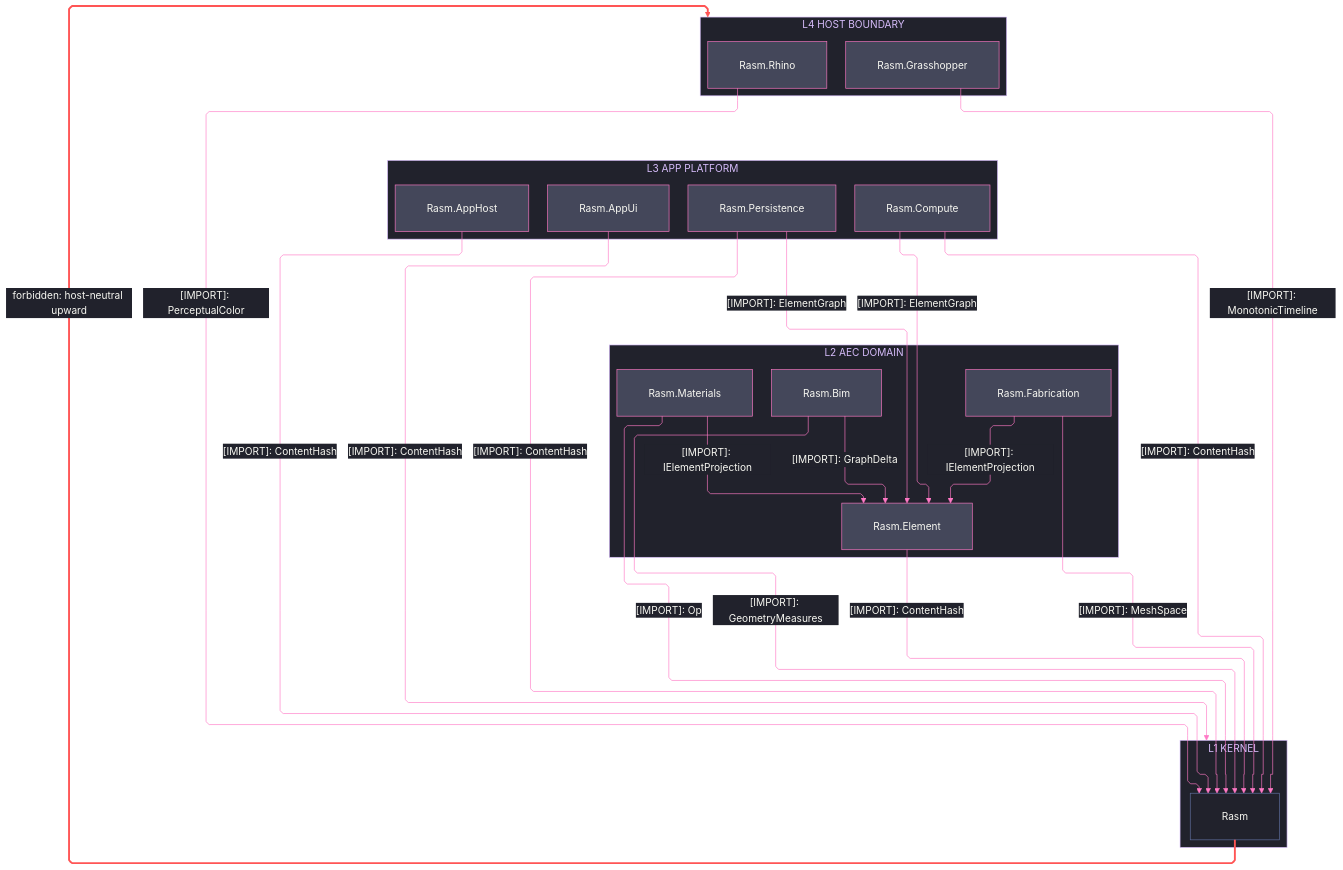
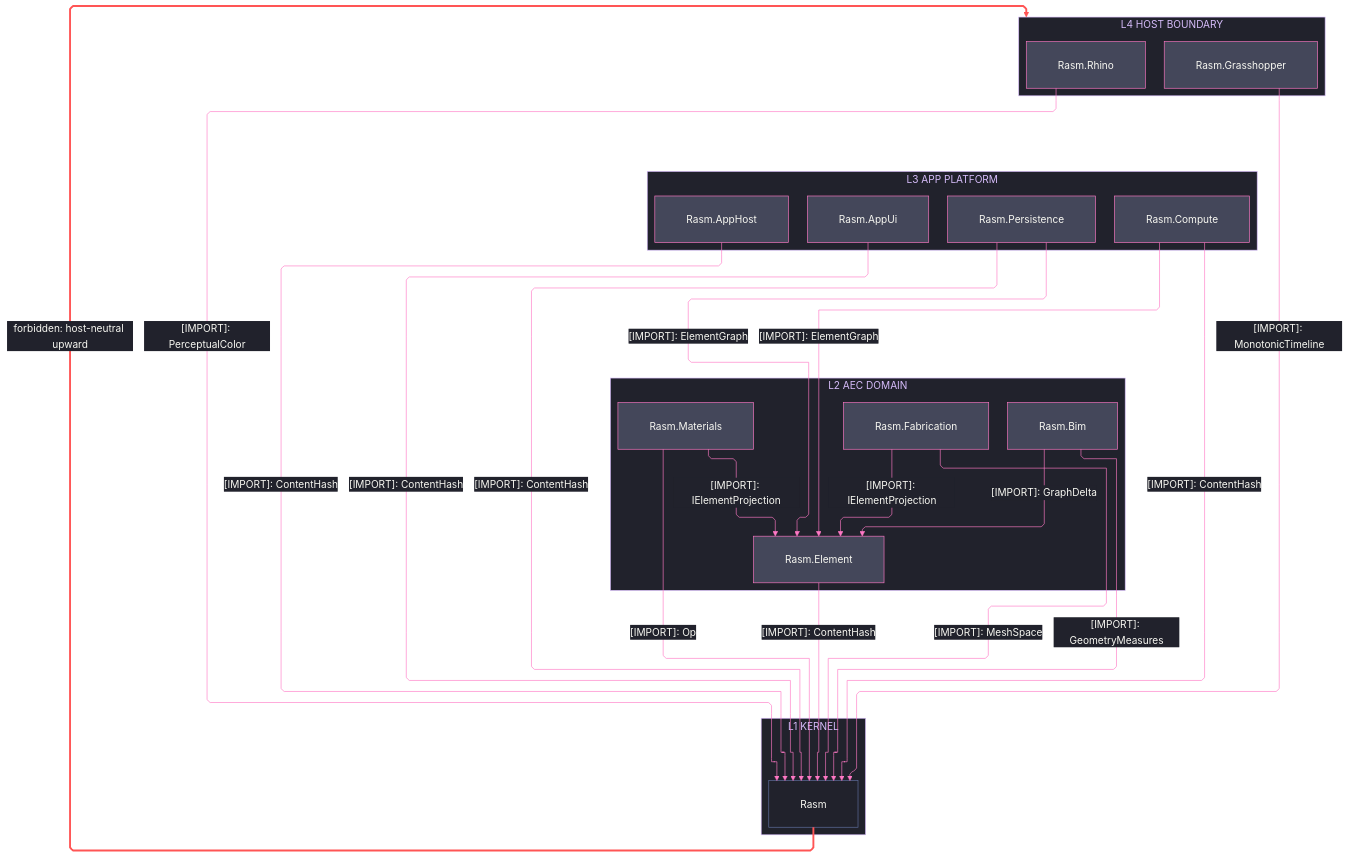
One commit to bsamiee/Rasm changed the first of 3 diagrams in libs/csharp/.planning/ARCHITECTURE.md. Above: the diagram before and after it, drawn with Mermaid. The commit also changed other lines of this file and 9 other files, not shown here.

Commit message:
architecture: CR finding fixes

````diff
--- a/libs/csharp/.planning/ARCHITECTURE.md
+++ b/libs/csharp/.planning/ARCHITECTURE.md
@@ -31,78 +31,78 @@
 ```mermaid
 ---
 config:
   theme: base
   look: classic
   layout: elk
   flowchart:
     curve: linear
     padding: 25
   themeVariables:
     darkMode: true
     fontFamily: "SF Mono, Menlo, Cascadia Mono, Segoe UI Mono, Consolas, monospace"
     useGradient: false
     dropShadow: "none"
     background: "#282A36"
     primaryColor: "#44475A"
     primaryTextColor: "#F8F8F2"
     primaryBorderColor: "#BD93F9"
     lineColor: "#FF79C6"
     textColor: "#F8F8F2"
     clusterBkg: "#21222C"
     clusterBorder: "#D6BCFA"
     edgeLabelBackground: "#21222C"
     labelBackgroundColor: "#21222C"
     titleColor: "#D6BCFA"
   themeCSS: ".nodeLabel{font-size:13px;font-weight:500}.edgeLabel{font-size:12px;font-weight:500}.cluster-label .nodeLabel{font-size:13.5px;font-weight:700;letter-spacing:.08em}.edge-thickness-normal{stroke-width:2px}.edge-thickness-thick{stroke-width:3px}.edge-pattern-dashed,.edge-pattern-dotted{stroke-width:1.5px;stroke-dasharray:4 6}.node rect,.node circle,.node polygon,.node path,.node .outer-path{stroke-width:1.5px;filter:none!important}.cluster rect{stroke-width:1px!important;stroke-dasharray:5 4!important;filter:none!important}.marker path{transform:scale(.8);transform-origin:5px 5px}.marker circle{transform:scale(.48);transform-origin:5px 5px}.edgeLabel rect{transform-box:fill-box;transform-origin:center;transform:scale(1.1,1.2)}"
 ---
 flowchart TB
     accTitle: C# branch package import strata
     accDescr: Four stacked strata from the host boundary through the app platform and the AEC domain onto the kernel — every reference edge downward and solid, labeled edges naming one sourced type, the host boundary skipping straight to the kernel, and one forbidden host-neutral upward edge styled red.
     subgraph L4["L4 HOST BOUNDARY"]
         Rhino[Rasm.Rhino]
         Grasshopper[Rasm.Grasshopper]
     end
     subgraph L3["L3 APP PLATFORM"]
         Persistence[Rasm.Persistence]
         Compute[Rasm.Compute]
         AppHost[Rasm.AppHost]
         AppUi[Rasm.AppUi]
     end
     subgraph L2["L2 AEC DOMAIN"]
         Bim[Rasm.Bim]
         Element[Rasm.Element]
         Materials[Rasm.Materials]
         Fabrication[Rasm.Fabrication]
     end
     subgraph L1["L1 KERNEL"]
         Rasm[Rasm]
     end
     Rhino ~~~ AppHost
     Rhino ~~~ AppUi
     Grasshopper ~~~ Compute
     Grasshopper ~~~ Persistence
     Rhino e1@-->|"[IMPORT]: PerceptualColor"| Rasm
     Grasshopper e2@-->|"[IMPORT]: MonotonicTimeline"| Rasm
     AppHost e3@-->|"[IMPORT]: ContentHash"| Rasm
     Persistence e4@-->|"[IMPORT]: ElementGraph"| Element
     Persistence e5@-->|"[IMPORT]: ContentHash"| Rasm
     Compute e6@-->|"[IMPORT]: ElementGraph"| Element
     Compute e7@-->|"[IMPORT]: ContentHash"| Rasm
-    AppUi e8@-->|"[IMPORT]: ContentHash"| L1
+    AppUi e8@-->|"[IMPORT]: ContentHash"| Rasm
     Materials e9@-->|"[IMPORT]: IElementProjection"| Element
     Materials e10@-->|"[IMPORT]: Op"| Rasm
     Bim e11@-->|"[IMPORT]: GraphDelta"| Element
     Bim e12@-->|"[IMPORT]: GeometryMeasures"| Rasm
     Fabrication e13@-->|"[IMPORT]: IElementProjection"| Element
     Fabrication e14@-->|"[IMPORT]: MeshSpace"| Rasm
     Element e15@-->|"[IMPORT]: ContentHash"| Rasm
     Rasm f1@-->|"forbidden: host-neutral upward"| L4
     classDef primary fill:#44475A,stroke:#FF79C6,color:#F8F8F2
     classDef recessed fill:#21222C,stroke:#6272A4,color:#F8F8F2
     classDef edgeControl stroke:#FF79C6,color:#F8F8F2
     classDef edgeError stroke:#FF5555,stroke-width:3px,color:#F8F8F2
     class Rhino,Grasshopper,AppHost,Compute,Persistence,AppUi,Element,Materials,Bim,Fabrication primary
     class Rasm recessed
     class e1,e2,e3,e4,e5,e6,e7,e8,e9,e10,e11,e12,e13,e14,e15 edgeControl
     class f1 edgeError
 ```
````
